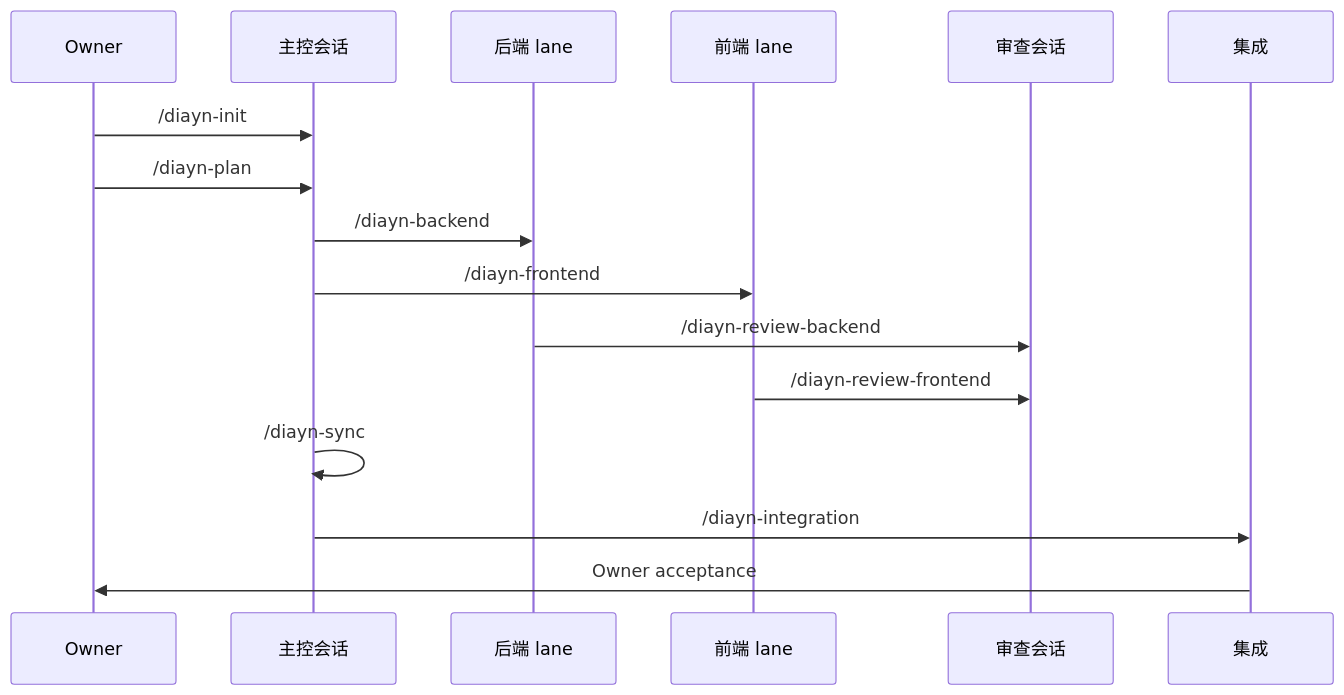
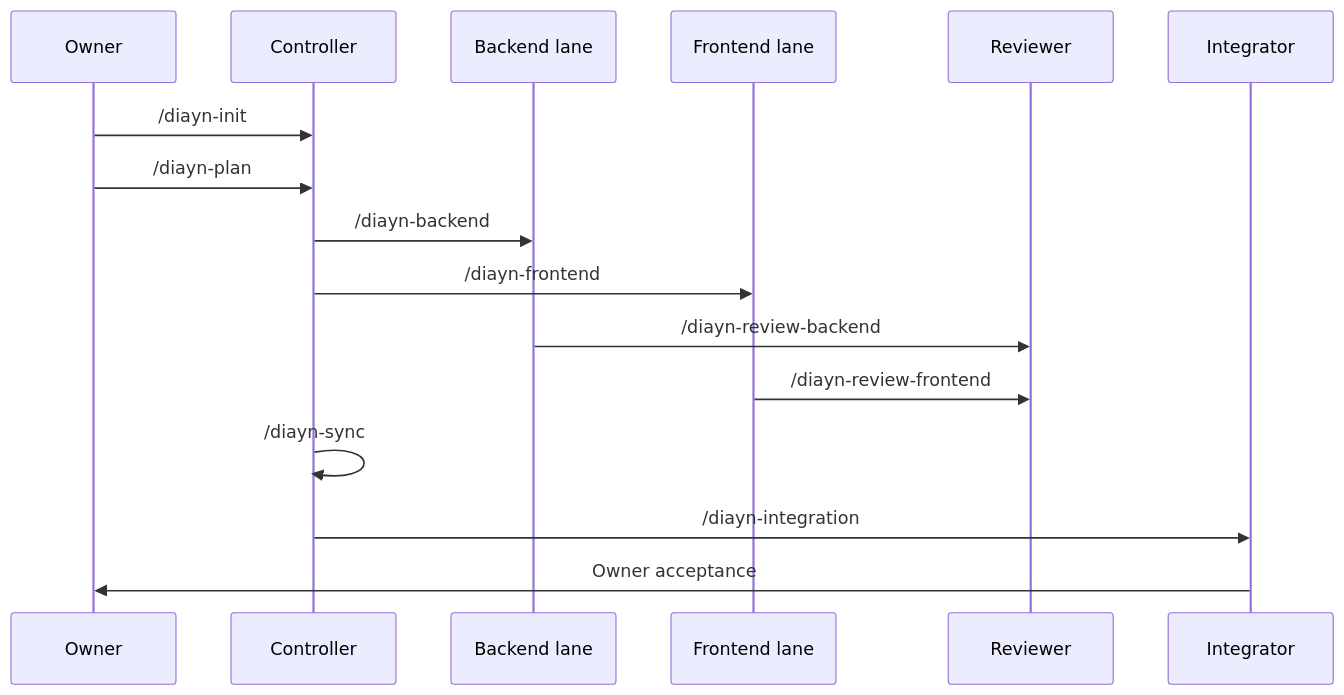
One commit to ice268528/Docs-is-all-you-need changed the second of 2 diagrams in README.zh-CN.md. Above: the diagram before and after it, drawn with Mermaid. The commit also changed other lines of this file and 49 other files, not shown here.

````diff
--- a/README.zh-CN.md
+++ b/README.zh-CN.md
@@ -184,19 +186,19 @@
 ```mermaid
 sequenceDiagram
   participant O as Owner
-  participant C as 主控会话
-  participant B as 后端 lane
-  participant F as 前端 lane
-  participant R as 审查会话
-  participant I as 集成
+  participant C as Controller
+  participant B as Backend lane
+  participant F as Frontend lane
+  participant R as Reviewer
+  participant I as Integrator
 
   O->>C: /diayn-init
   O->>C: /diayn-plan
   C->>B: /diayn-backend
   C->>F: /diayn-frontend
   B->>R: /diayn-review-backend
   F->>R: /diayn-review-frontend
   C->>C: /diayn-sync
   C->>I: /diayn-integration
   I->>O: Owner acceptance
 ```
````
